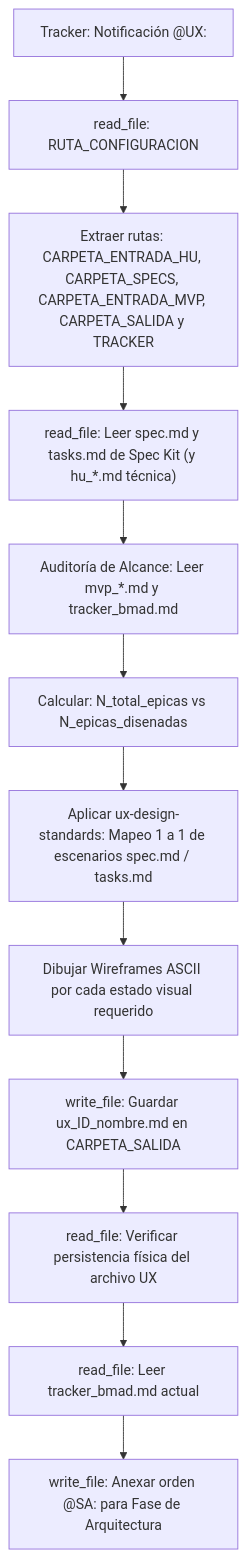
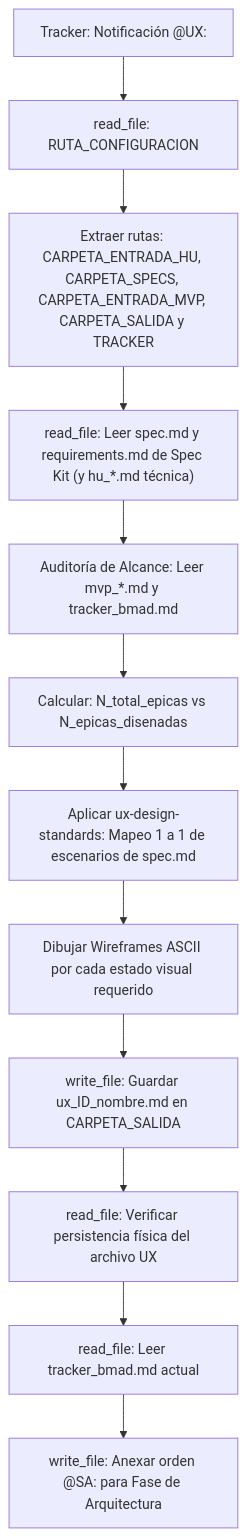
One commit to pauloravicaceres/template-bmad changed the diagram in designer-ux/agents/designer-ux.agent.md. Above: the diagram before and after it, drawn with Mermaid. The commit also changed other lines of this file and 11 other files, not shown here.

Commit message:
feat: Update architecture and guide documentation to clarify implementation phases and enhance UX design processes

````diff
--- a/designer-ux/agents/designer-ux.agent.md
+++ b/designer-ux/agents/designer-ux.agent.md
@@ -49,16 +49,16 @@
 ```mermaid
 flowchart TD
     A["Tracker: Notificación @UX:"] --> B["read_file: RUTA_CONFIGURACION"]
     B --> C["Extraer rutas: CARPETA_ENTRADA_HU, CARPETA_SPECS, CARPETA_ENTRADA_MVP, CARPETA_SALIDA y TRACKER"]
-    C --> D["read_file: Leer spec.md y tasks.md de Spec Kit (y hu_*.md técnica)"]
+    C --> D["read_file: Leer spec.md y requirements.md de Spec Kit (y hu_*.md técnica)"]
     D --> E["Auditoría de Alcance: Leer mvp_*.md y tracker_bmad.md"]
     E --> F["Calcular: N_total_epicas vs N_epicas_disenadas"]
-    F --> G["Aplicar ux-design-standards: Mapeo 1 a 1 de escenarios spec.md / tasks.md"]
+    F --> G["Aplicar ux-design-standards: Mapeo 1 a 1 de escenarios de spec.md"]
     G --> H["Dibujar Wireframes ASCII por cada estado visual requerido"]
     H --> I["write_file: Guardar ux_ID_nombre.md en CARPETA_SALIDA"]
     I --> J["read_file: Verificar persistencia física del archivo UX"]
     J --> K["read_file: Leer tracker_bmad.md actual"]
     K --> L["write_file: Anexar orden @SA: para Fase de Arquitectura"]
 
 
 ```
````
